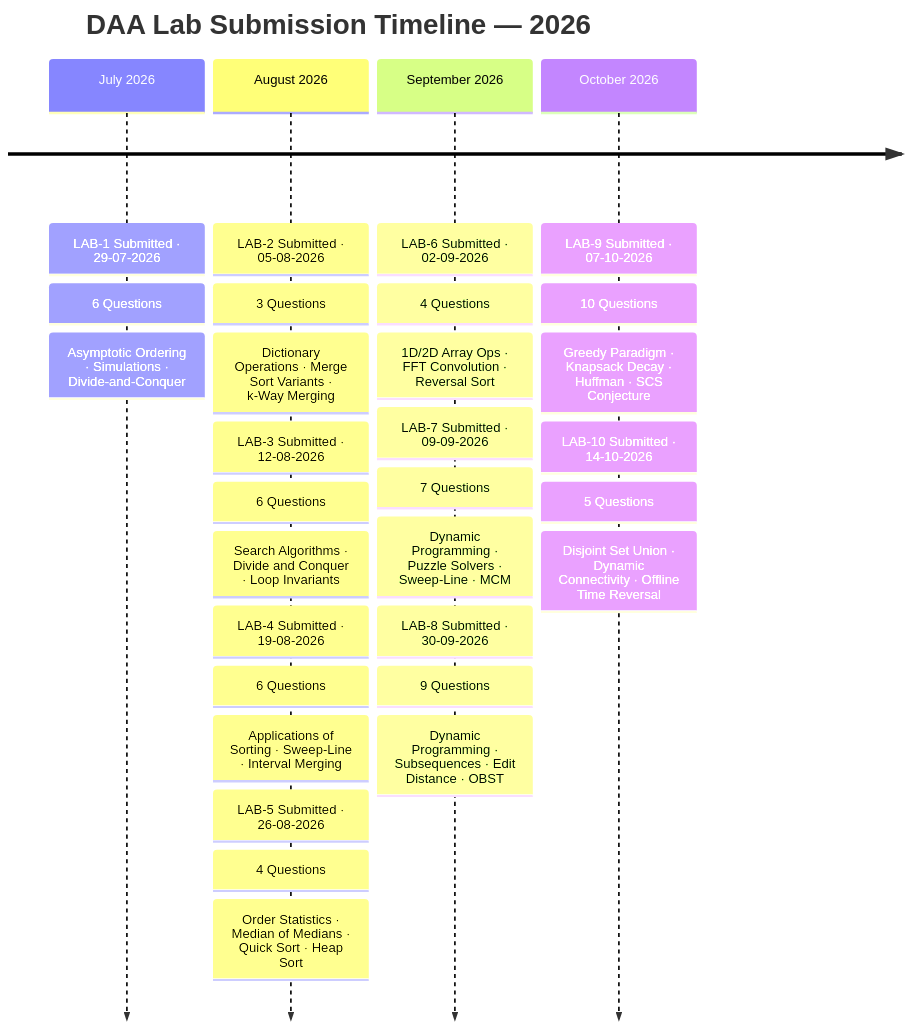
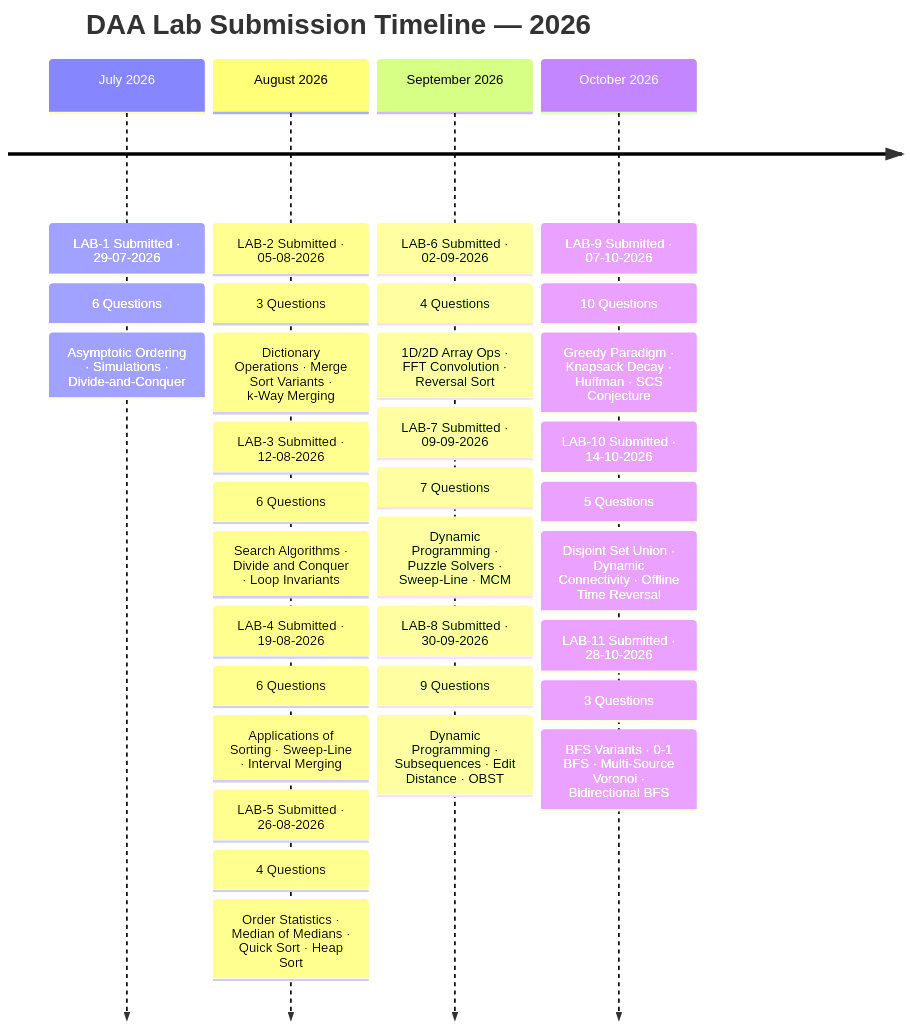
Before and after one commit to Asit-Kumar-Mohapatra/Design-and-Analysis-of-Algorithm-DAA-Assignments-2026: the first of 16 diagrams in README.md, drawn with Mermaid. The commit also changed other lines of this file, not shown here.

````diff
--- a/README.md
+++ b/README.md
@@ -142,34 +146,37 @@
 ```mermaid
 timeline
     title  DAA Lab Submission Timeline — 2026
     July 2026   : LAB-1 Submitted  ·  29-07-2026
                 : 6 Questions
                 : Asymptotic Ordering · Simulations · Divide-and-Conquer
     August 2026 : LAB-2 Submitted  ·  05-08-2026
                 : 3 Questions
                 : Dictionary Operations · Merge Sort Variants · k-Way Merging
                 : LAB-3 Submitted  ·  12-08-2026
                 : 6 Questions
                 : Search Algorithms · Divide and Conquer · Loop Invariants
                 : LAB-4 Submitted  ·  19-08-2026
                 : 6 Questions
                 : Applications of Sorting · Sweep-Line · Interval Merging
                 : LAB-5 Submitted  ·  26-08-2026
                 : 4 Questions
                 : Order Statistics · Median of Medians · Quick Sort · Heap Sort
     September 2026 : LAB-6 Submitted  ·  02-09-2026
                    : 4 Questions
                    : 1D/2D Array Ops · FFT Convolution · Reversal Sort
                    : LAB-7 Submitted  ·  09-09-2026
                    : 7 Questions
                    : Dynamic Programming · Puzzle Solvers · Sweep-Line · MCM
                    : LAB-8 Submitted  ·  30-09-2026
                    : 9 Questions
                    : Dynamic Programming · Subsequences · Edit Distance · OBST
     October 2026   : LAB-9 Submitted  ·  07-10-2026
                    : 10 Questions
                    : Greedy Paradigm · Knapsack Decay · Huffman · SCS Conjecture
                    : LAB-10 Submitted  ·  14-10-2026
                    : 5 Questions
                    : Disjoint Set Union · Dynamic Connectivity · Offline Time Reversal
+                   : LAB-11 Submitted  ·  28-10-2026
+                   : 3 Questions
+                   : BFS Variants · 0-1 BFS · Multi-Source Voronoi · Bidirectional BFS
 ```
````
